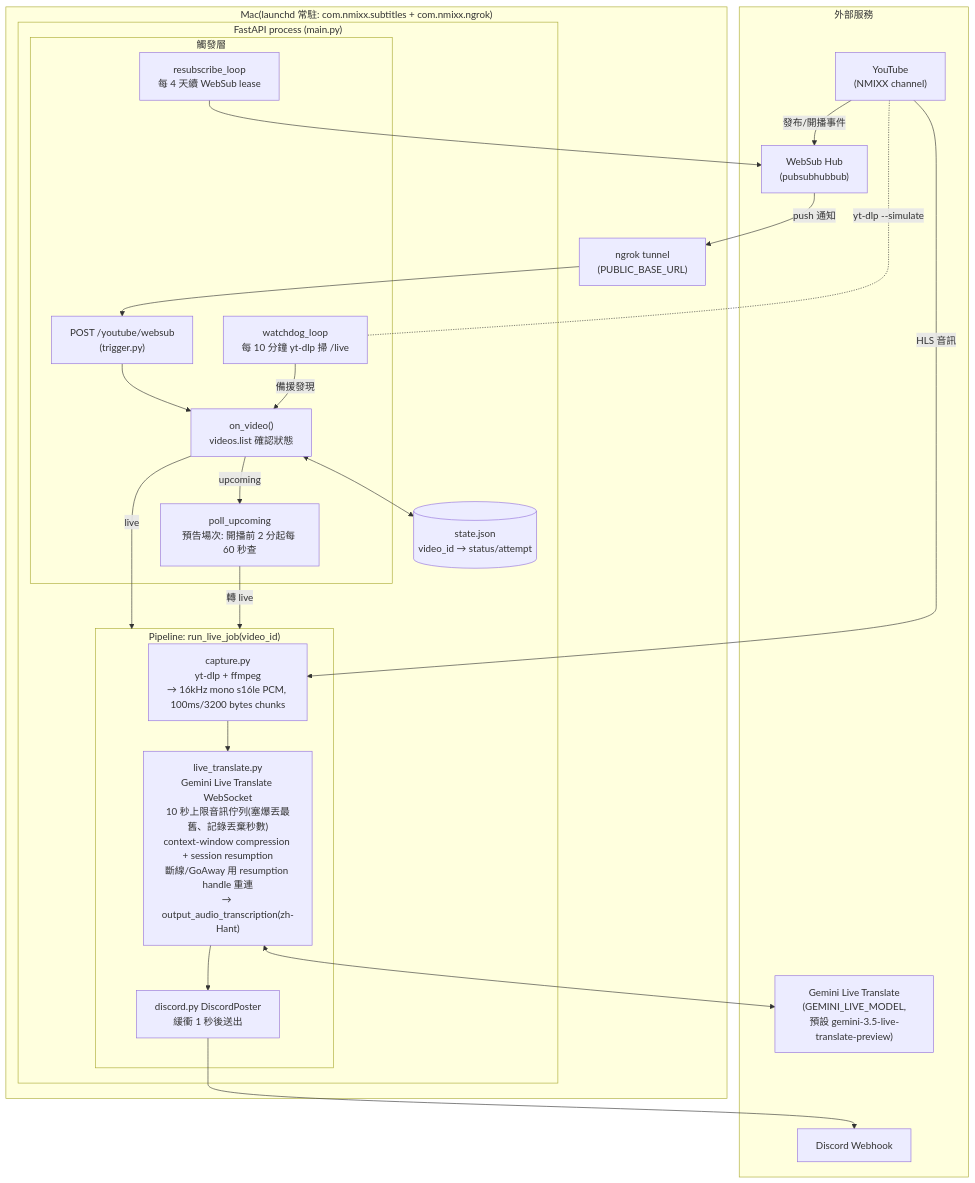
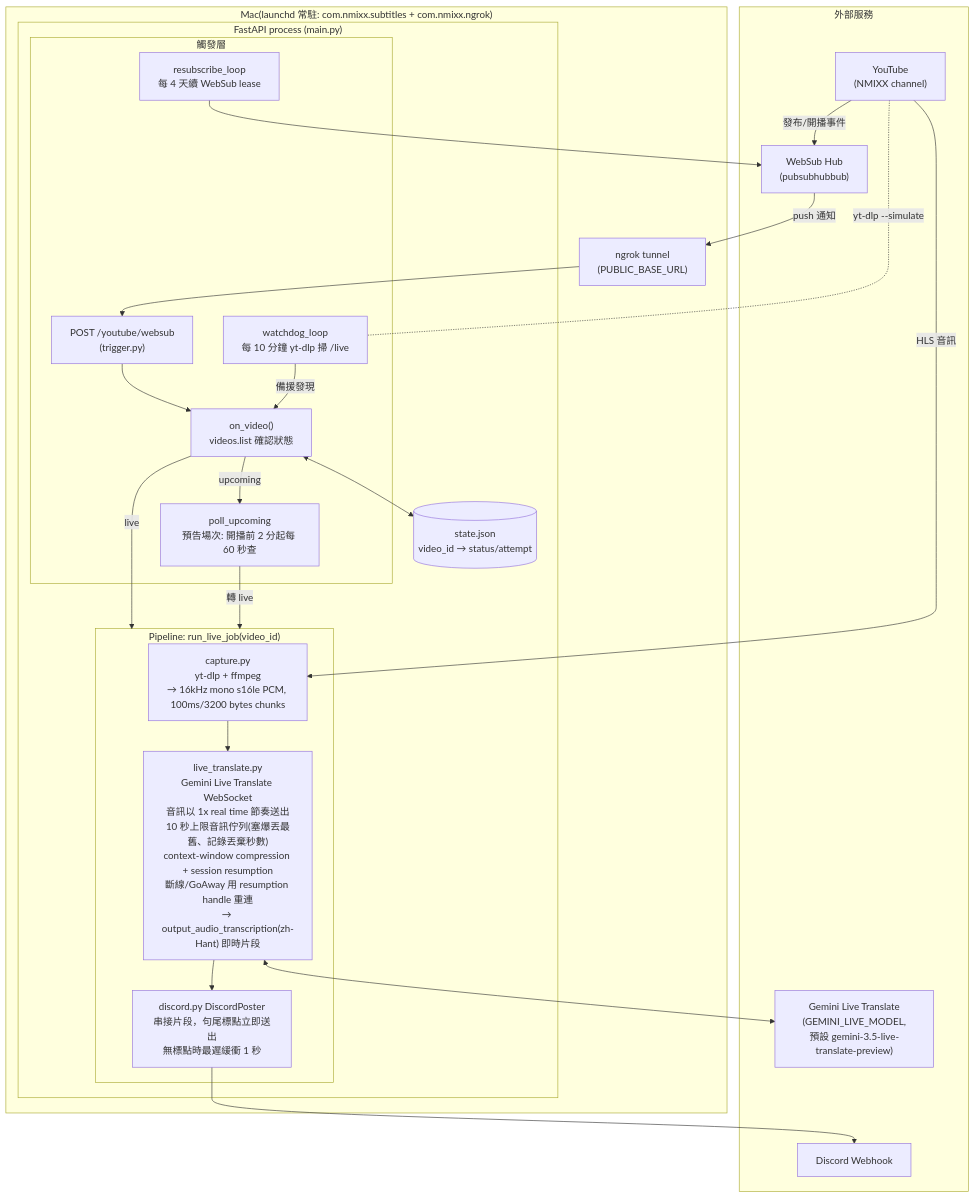
Before and after one commit to little-air-1019/nmixx-live-subtitles: the diagram in ARCHITECTURE.md, drawn with Mermaid. The commit also changed other lines of this file and 7 other files, not shown here.

````diff
--- a/ARCHITECTURE.md
+++ b/ARCHITECTURE.md
@@ -6,43 +6,43 @@
 ```mermaid
 flowchart TB
     subgraph EXT["外部服務"]
         YT["YouTube<br/>(NMIXX channel)"]
         HUB["WebSub Hub<br/>(pubsubhubbub)"]
         GEMINI["Gemini Live Translate<br/>(GEMINI_LIVE_MODEL,<br/>預設 gemini-3.5-live-translate-preview)"]
         DC["Discord Webhook"]
     end
 
     subgraph MAC["Mac(launchd 常駐: com.nmixx.subtitles + com.nmixx.ngrok)"]
         NGROK["ngrok tunnel<br/>(PUBLIC_BASE_URL)"]
 
         subgraph APP["FastAPI process (main.py)"]
             subgraph TRIG["觸發層"]
                 WS["POST /youtube/websub<br/>(trigger.py)"]
                 WD["watchdog_loop<br/>每 10 分鐘 yt-dlp 掃 /live"]
                 RESUB["resubscribe_loop<br/>每 4 天續 WebSub lease"]
                 OV["on_video()<br/>videos.list 確認狀態"]
                 UP["poll_upcoming<br/>預告場次: 開播前 2 分起每 60 秒查"]
             end
 
             subgraph PIPE["Pipeline: run_live_job(video_id)"]
                 CAP["capture.py<br/>yt-dlp + ffmpeg<br/>→ 16kHz mono s16le PCM, 100ms/3200 bytes chunks"]
-                LIVE["live_translate.py<br/>Gemini Live Translate WebSocket<br/>10 秒上限音訊佇列(塞爆丟最舊、記錄丟棄秒數)<br/>context-window compression + session resumption<br/>斷線/GoAway 用 resumption handle 重連<br/>→ output_audio_transcription(zh-Hant)"]
-                POST["discord.py DiscordPoster<br/>緩衝 1 秒後送出"]
+                LIVE["live_translate.py<br/>Gemini Live Translate WebSocket<br/>音訊以 1x real time 節奏送出<br/>10 秒上限音訊佇列(塞爆丟最舊、記錄丟棄秒數)<br/>context-window compression + session resumption<br/>斷線/GoAway 用 resumption handle 重連<br/>→ output_audio_transcription(zh-Hant) 即時片段"]
+                POST["discord.py DiscordPoster<br/>串接片段，句尾標點立即送出<br/>無標點時最遲緩衝 1 秒"]
             end
 
             ST[("state.json<br/>video_id → status/attempt")]
         end
     end
 
     YT -- "發布/開播事件" --> HUB
     HUB -- "push 通知" --> NGROK --> WS
     WS --> OV
     WD -- "備援發現" --> OV
     YT -. "yt-dlp --simulate" .- WD
     OV -- "live" --> PIPE
     OV -- "upcoming" --> UP -- "轉 live" --> PIPE
     OV <--> ST
     YT -- "HLS 音訊" --> CAP --> LIVE --> POST --> DC
     LIVE <--> GEMINI
     RESUB --> HUB
 ```
````
